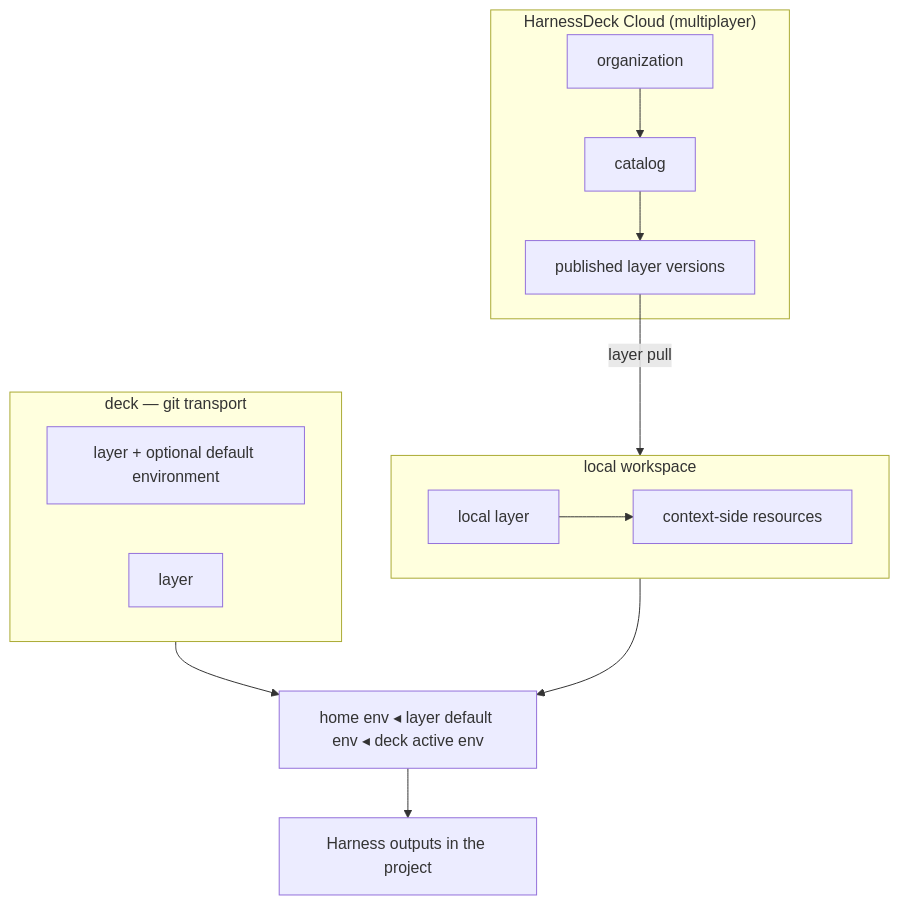
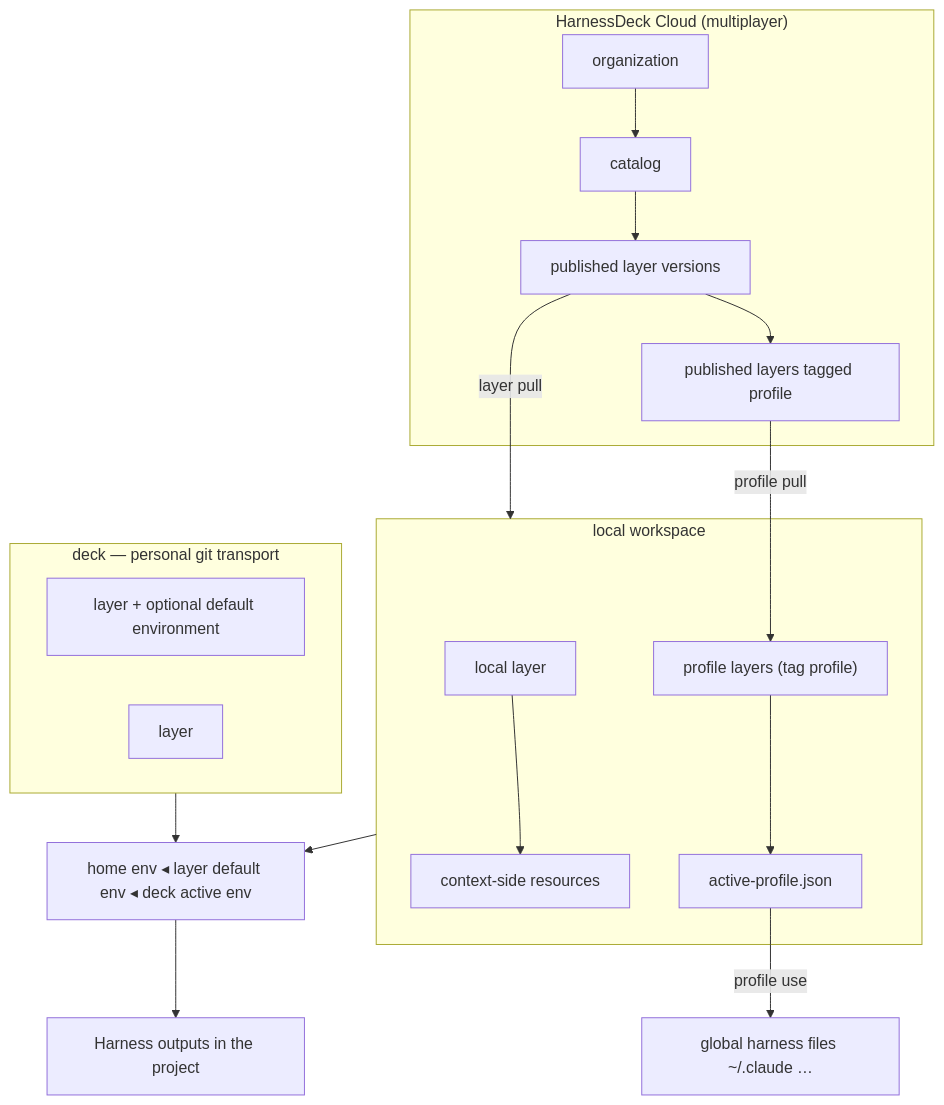
Before and after one commit to harnesstap/harnesstap: the diagram in SPEC.md, drawn with Mermaid. The commit also changed other lines of this file and 51 other files, not shown here.

````diff
--- a/SPEC.md
+++ b/SPEC.md
@@ -27,25 +29,32 @@
 ```mermaid
 flowchart TB
   subgraph Cloud["HarnessDeck Cloud (multiplayer)"]
     Org[organization]
     Cat[catalog]
     PubL[published layer versions]
+    PubP["published layers tagged profile"]
     Org --> Cat --> PubL
+    PubL --> PubP
   end
 
   subgraph Local["local workspace"]
     LL[local layer]
     Res[context-side resources]
+    PL["profile layers (tag profile)"]
+    AP[active-profile.json]
     LL --> Res
+    PL --> AP
   end
 
-  subgraph Deck["deck — git transport"]
+  subgraph Deck["deck — personal git transport"]
     DL1[layer + optional default environment]
     DL2[layer]
   end
 
   PubL -->|layer pull| Local
+  PubP -->|profile pull| PL
   Deck --> Cascade["home env ◂ layer default env ◂ deck active env"]
   Local --> Cascade
+  AP -->|profile use| Global["global harness files ~/.claude …"]
   Cascade --> Out[Harness outputs in the project]
 ```
````
